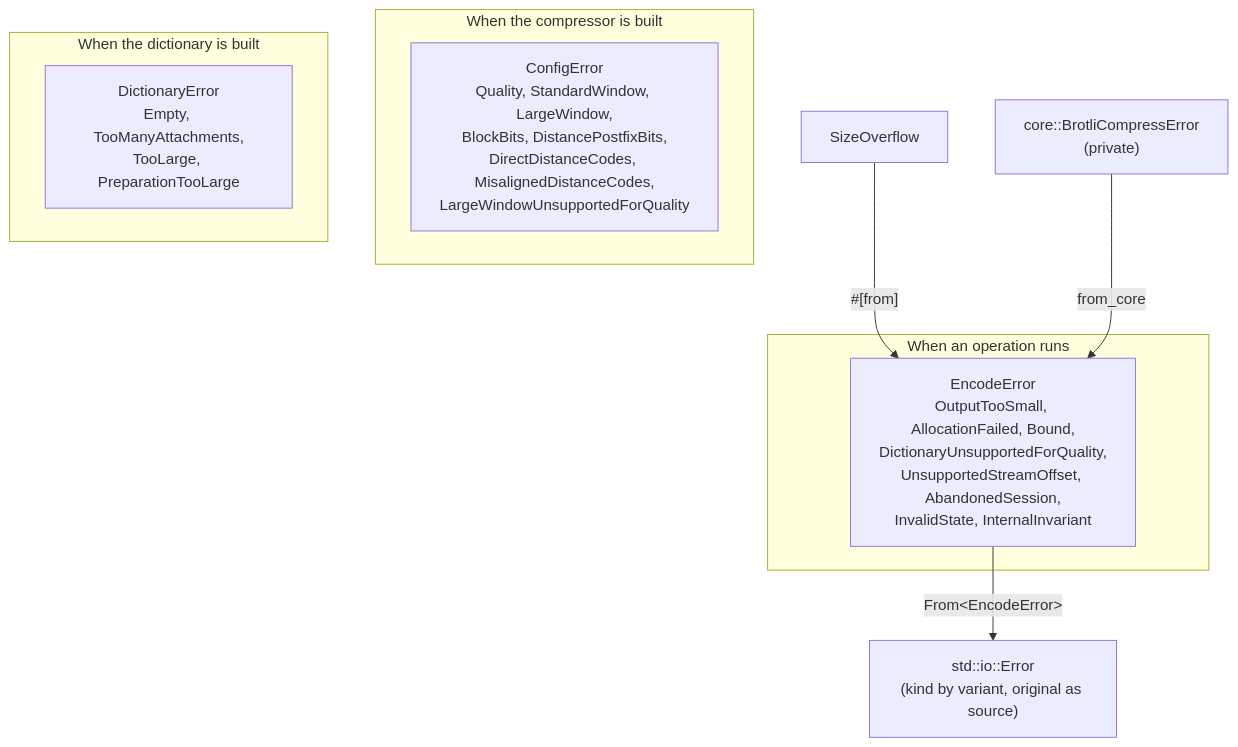
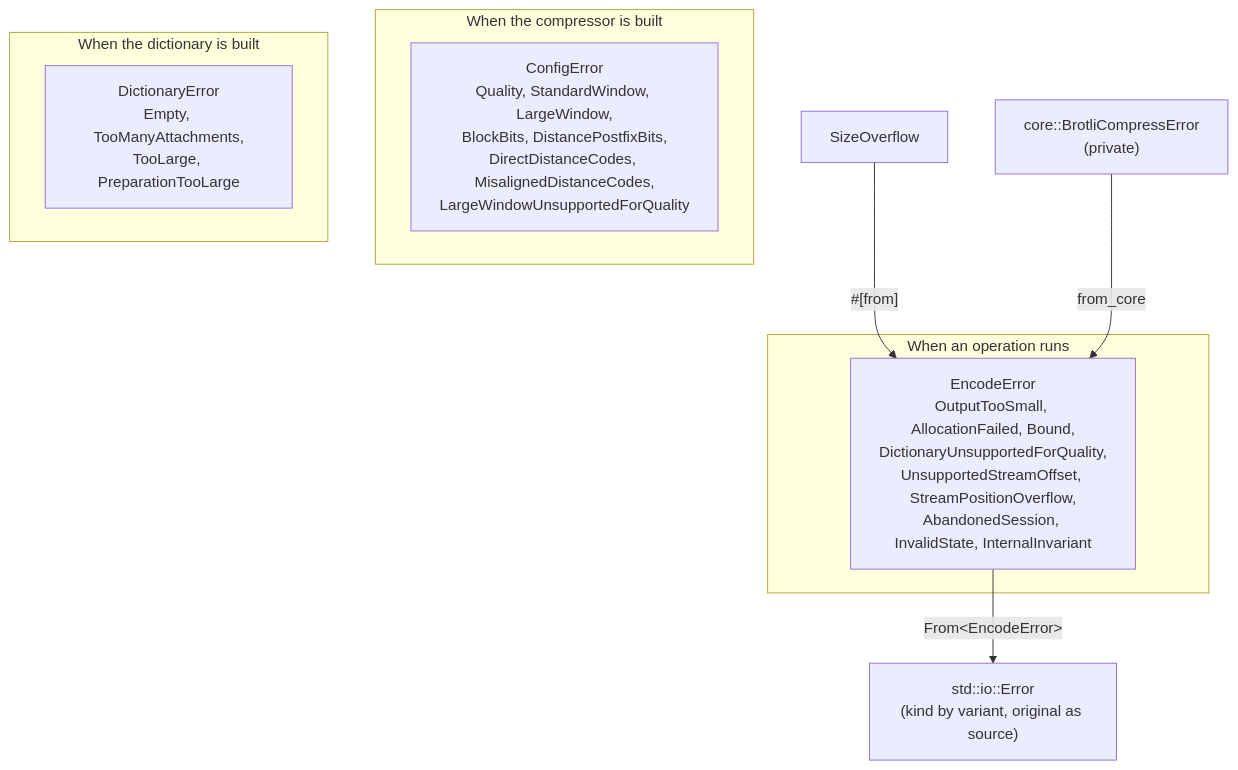
Before and after one commit to Mnwa/mbrotli: the tenth of 12 diagrams in architecture/compressor.md, drawn with Mermaid. The commit also changed other lines of this file and 52 other files, not shown here.

````diff
--- a/architecture/compressor.md
+++ b/architecture/compressor.md
@@ -519,15 +519,15 @@
 ```mermaid
 graph TD
     subgraph build["When the compressor is built"]
         ce["ConfigError<br/>Quality, StandardWindow, LargeWindow,<br/>BlockBits, DistancePostfixBits,<br/>DirectDistanceCodes, MisalignedDistanceCodes,<br/>LargeWindowUnsupportedForQuality"]
     end
     subgraph dictb["When the dictionary is built"]
         de["DictionaryError<br/>Empty, TooManyAttachments,<br/>TooLarge, PreparationTooLarge"]
     end
     subgraph run["When an operation runs"]
-        ee["EncodeError<br/>OutputTooSmall, AllocationFailed, Bound,<br/>DictionaryUnsupportedForQuality,<br/>UnsupportedStreamOffset, AbandonedSession,<br/>InvalidState, InternalInvariant"]
+        ee["EncodeError<br/>OutputTooSmall, AllocationFailed, Bound,<br/>DictionaryUnsupportedForQuality,<br/>UnsupportedStreamOffset, StreamPositionOverflow,<br/>AbandonedSession, InvalidState, InternalInvariant"]
     end
     so["SizeOverflow"] -->|"#[from]"| ee
     core["core::BrotliCompressError<br/>(private)"] -->|from_core| ee
     ee -->|"From&lt;EncodeError&gt;"| io["std::io::Error<br/>(kind by variant, original as source)"]
 ```
````
